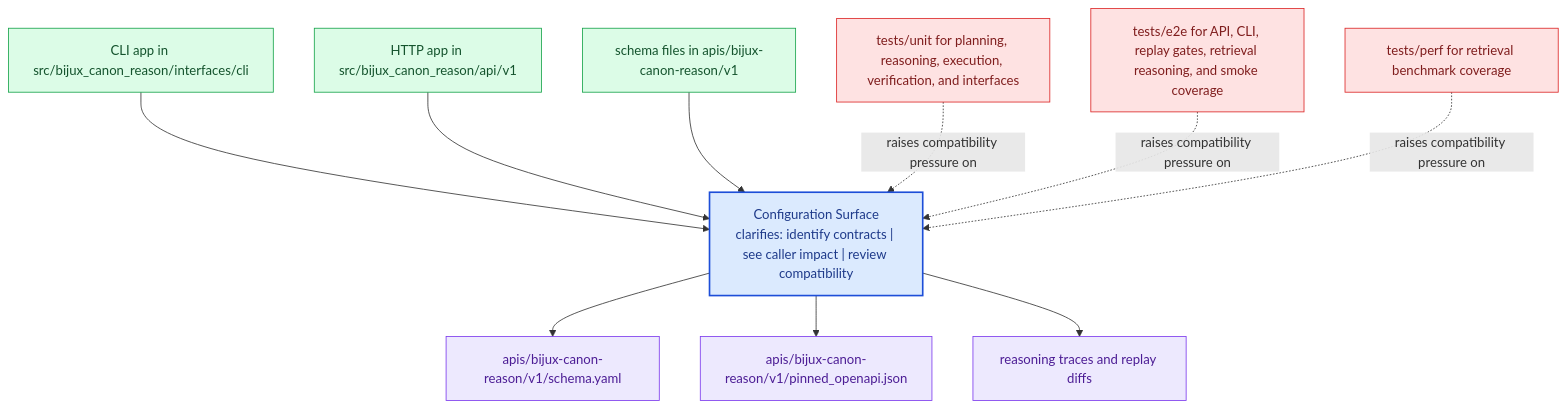
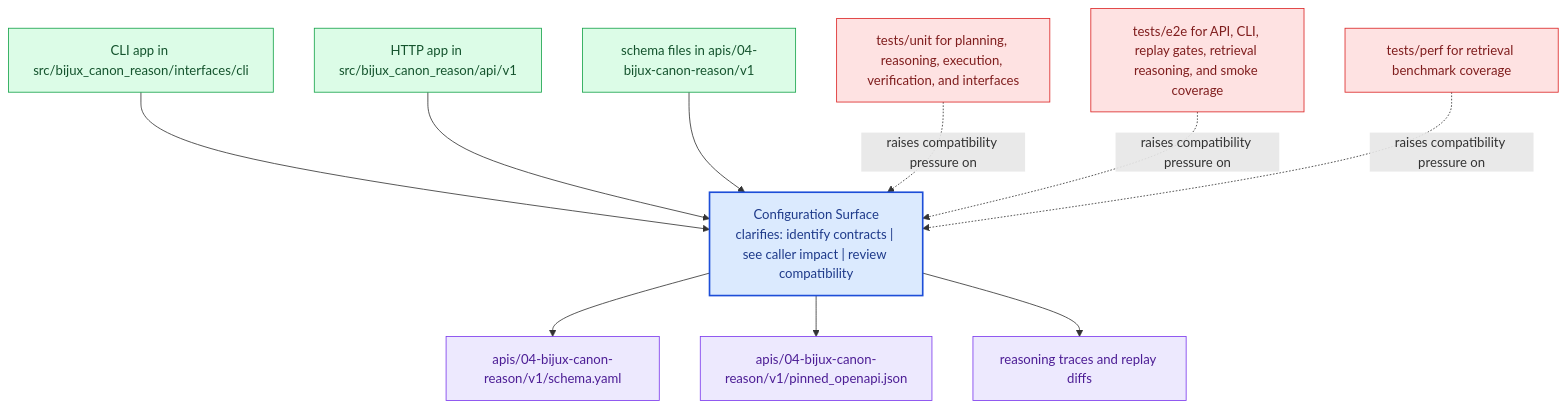
One commit to bijux/bijux-canon changed the diagram in docs/04-bijux-canon-reason/interfaces/configuration-surface.md. Above: the diagram before and after it, drawn with Mermaid. The commit also changed other lines of this file and 167 other files, not shown here.

````diff
--- a/docs/04-bijux-canon-reason/interfaces/configuration-surface.md
+++ b/docs/04-bijux-canon-reason/interfaces/configuration-surface.md
@@ -23,31 +23,31 @@
 ```mermaid
 flowchart TB
     page["Configuration Surface<br/>clarifies: identify contracts | see caller impact | review compatibility"]
     classDef page fill:#dbeafe,stroke:#1d4ed8,color:#1e3a8a,stroke-width:2px;
     classDef positive fill:#dcfce7,stroke:#16a34a,color:#14532d;
     classDef caution fill:#fee2e2,stroke:#dc2626,color:#7f1d1d;
     classDef anchor fill:#ede9fe,stroke:#7c3aed,color:#4c1d95;
     classDef action fill:#fef3c7,stroke:#d97706,color:#7c2d12;
     surface1["CLI app in src/bijux_canon_reason/interfaces/cli"]
     surface1 --> page
     surface2["HTTP app in src/bijux_canon_reason/api/v1"]
     surface2 --> page
-    surface3["schema files in apis/bijux-canon-reason/v1"]
+    surface3["schema files in apis/04-bijux-canon-reason/v1"]
     surface3 --> page
-    proof1["apis/bijux-canon-reason/v1/schema.yaml"]
+    proof1["apis/04-bijux-canon-reason/v1/schema.yaml"]
     page --> proof1
-    proof2["apis/bijux-canon-reason/v1/pinned_openapi.json"]
+    proof2["apis/04-bijux-canon-reason/v1/pinned_openapi.json"]
     page --> proof2
     proof3["reasoning traces and replay diffs"]
     page --> proof3
     review1["tests/unit for planning, reasoning, execution, verification, and interfaces"]
     review1 -.raises compatibility pressure on.-> page
     review2["tests/e2e for API, CLI, replay gates, retrieval reasoning, and smoke coverage"]
     review2 -.raises compatibility pressure on.-> page
     review3["tests/perf for retrieval benchmark coverage"]
     review3 -.raises compatibility pressure on.-> page
     class page page;
     class surface1,surface2,surface3 positive;
     class proof1,proof2,proof3 anchor;
     class review1,review2,review3 caution;
 ```
````
